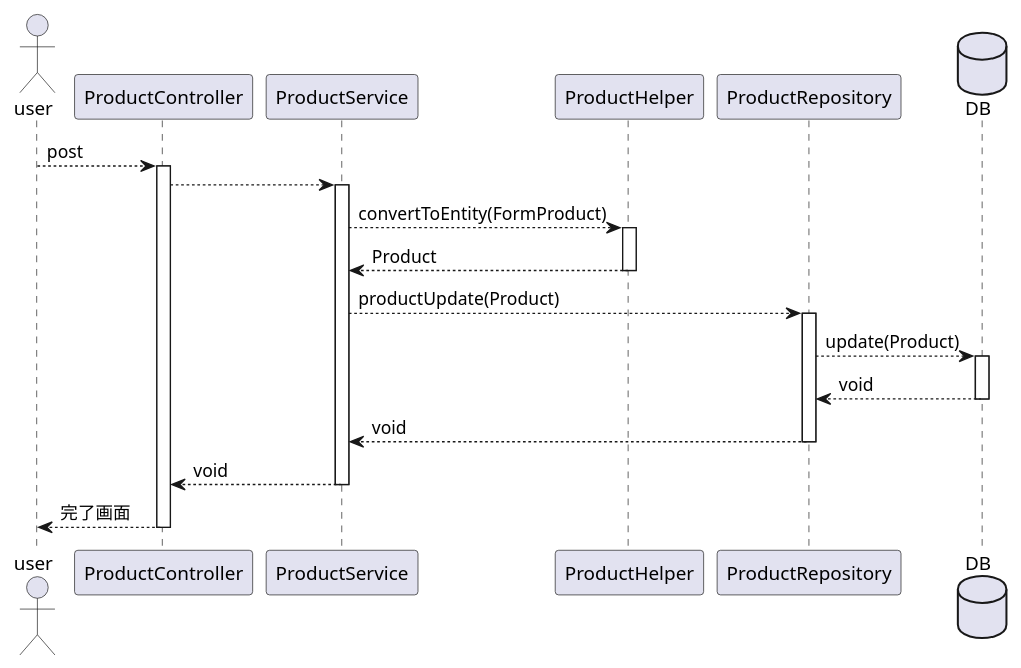
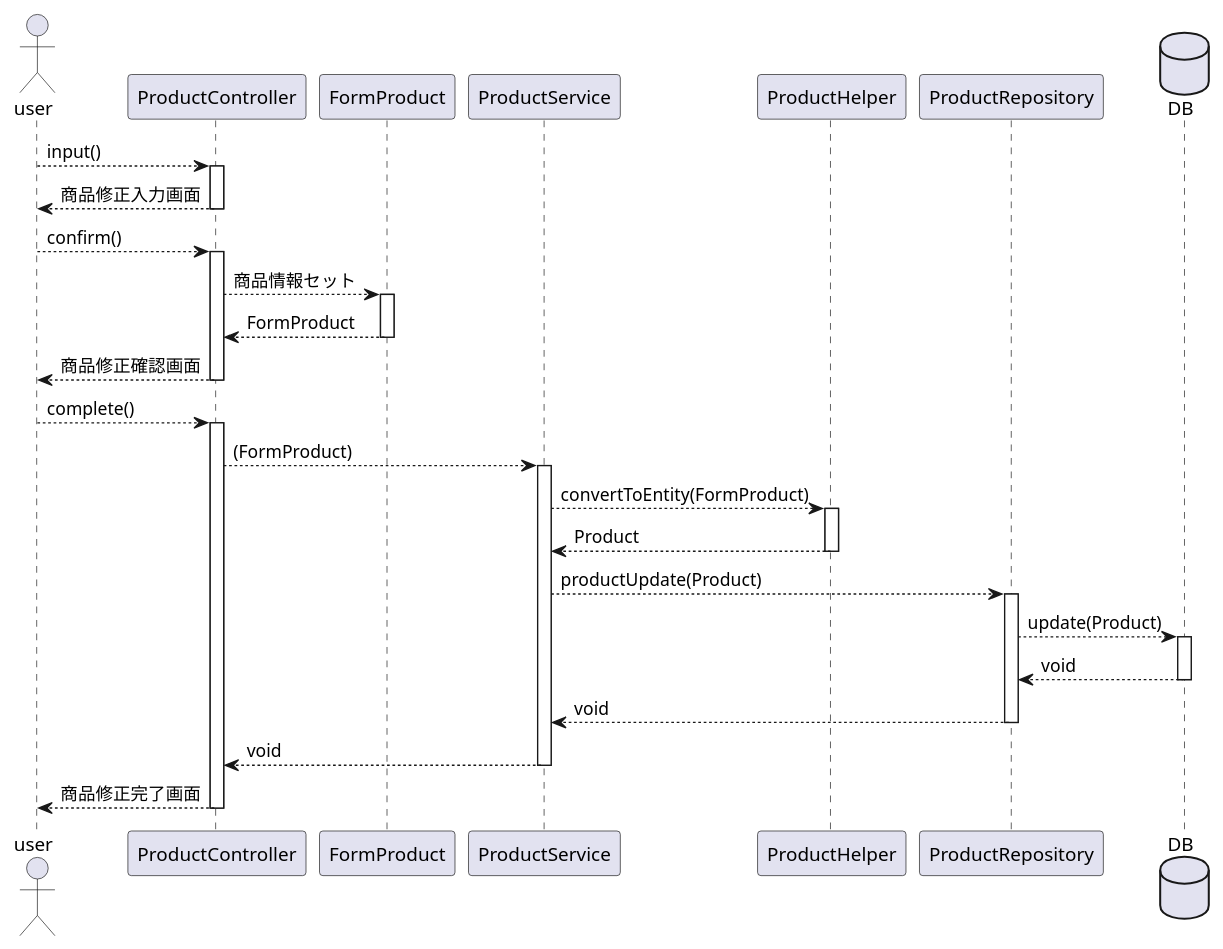
The diagram in plan/uml/sequence/uc012.plantuml (kanavii3333/ec-b), drawn with PlantUML before and after one commit. The commit also changed 3 other files, not shown here.

```diff
--- a/plan/uml/sequence/uc012.plantuml
+++ b/plan/uml/sequence/uc012.plantuml
@@ -1,20 +1,28 @@
 @startuml
 
 actor user
 participant ProductController as Controller
+participant FormProduct as Form
 participant ProductService as Service
 participant ProductHelper as Helper
 participant ProductRepository as Repository
 database DB
 
-user --> Controller++:post
-Controller --> Service++
+
+user --> Controller++:input()
+user <-- Controller--:商品修正入力画面
+user --> Controller++:confirm()
+Controller --> Form++:商品情報セット
+Controller <-- Form--:FormProduct
+user <-- Controller--:商品修正確認画面
+user --> Controller++:complete()
+Controller --> Service++:(FormProduct)
 Service --> Helper++:convertToEntity(FormProduct)
 Service <-- Helper--:Product
 Service --> Repository++:productUpdate(Product)
 Repository --> DB++:update(Product)
 Repository <-- DB--:void
 Service <-- Repository--:void
 Controller <-- Service--:void
-user <-- Controller--:完了画面
+user <-- Controller--:商品修正完了画面
 @enduml
```
